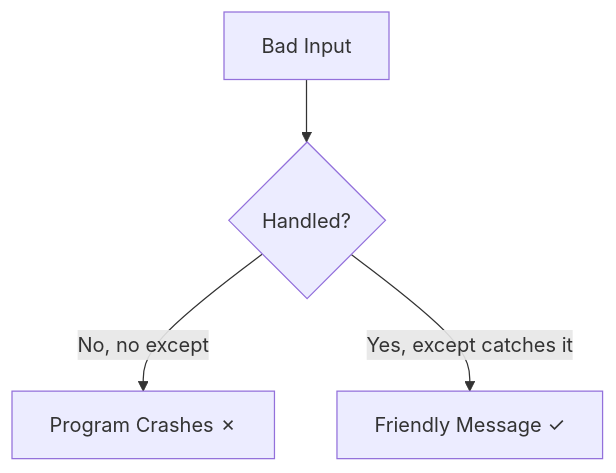
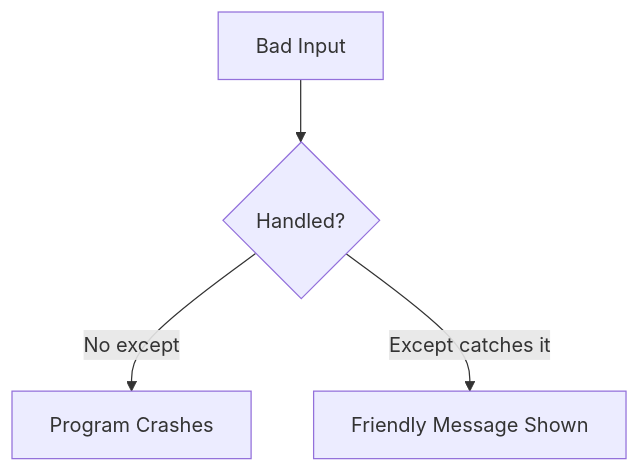
One commit to mehrunnisaofficial/python-for-ai changed the second of 11 diagrams in 1_Notes/7_Lecture.md. Above: the diagram before and after it, drawn with Mermaid. The commit also changed other lines of this file and 1 other file, not shown here.

Commit message:
Added few more topic in try-except statements

````diff
--- a/1_Notes/7_Lecture.md
+++ b/1_Notes/7_Lecture.md
@@ -132,6 +143,6 @@
 ```mermaid
 flowchart TD
     A[Bad Input] --> B{Handled?}
-    B -- No, no except --> C[Program Crashes ✗]
-    B -- Yes, except catches it --> D[Friendly Message ✓]
+    B -- No except --> C[Program Crashes]
+    B -- Except catches it --> D[Friendly Message Shown]
 ```
````
